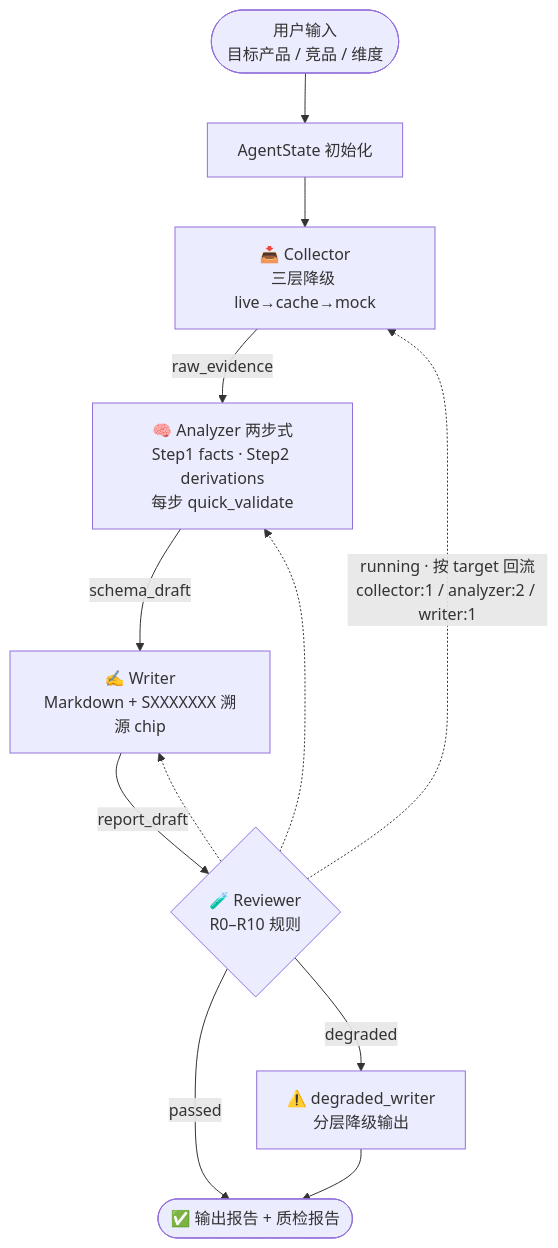
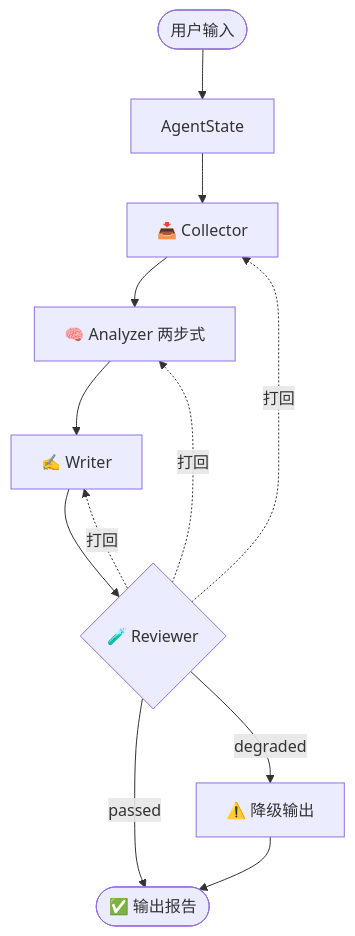
The diagram in README.md (yangyuxin-hub/AI-Competitive-Radar), drawn with Mermaid before and after one commit. The commit also changed other lines of this file, not shown here.

````diff
--- a/README.md
+++ b/README.md
@@ -46,13 +24,11 @@
 ```mermaid
 flowchart TD
-    U([用户输入<br/>目标产品 / 竞品 / 维度]) --> S[AgentState 初始化]
-    S --> C[📥 Collector<br/>三层降级 live→cache→mock]
-    C -->|raw_evidence| A[🧠 Analyzer 两步式<br/>Step1 facts · Step2 derivations<br/>每步 quick_validate]
-    A -->|schema_draft| W[✍️ Writer<br/>Markdown + SXXXXXXX 溯源 chip]
-    W -->|report_draft| R{🧪 Reviewer<br/>R0–R10 规则}
-    R -->|passed| E([✅ 输出报告 + 质检报告])
-    R -->|degraded| D[⚠️ degraded_writer<br/>分层降级输出] --> E
-    R -.->|running · 按 target 回流<br/>collector:1 / analyzer:2 / writer:1| C
-    R -.-> A
-    R -.-> W
+    U([用户输入]) --> S[AgentState]
+    S --> C[📥 Collector]
+    C --> A[🧠 Analyzer 两步式]
+    A --> W[✍️ Writer]
+    W --> R{🧪 Reviewer}
+    R -->|passed| E([✅ 输出报告])
+    R -->|degraded| D[⚠️ 降级输出] --> E
+    R -.->|打回| C & A & W
 ```
````
